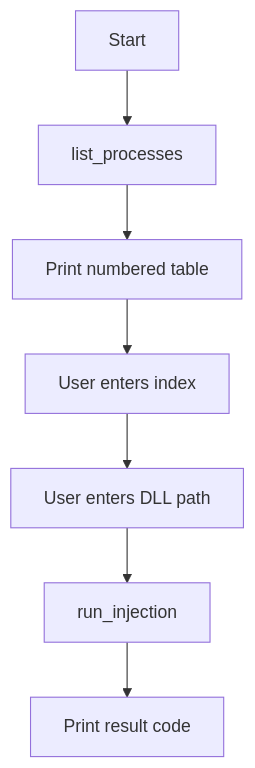
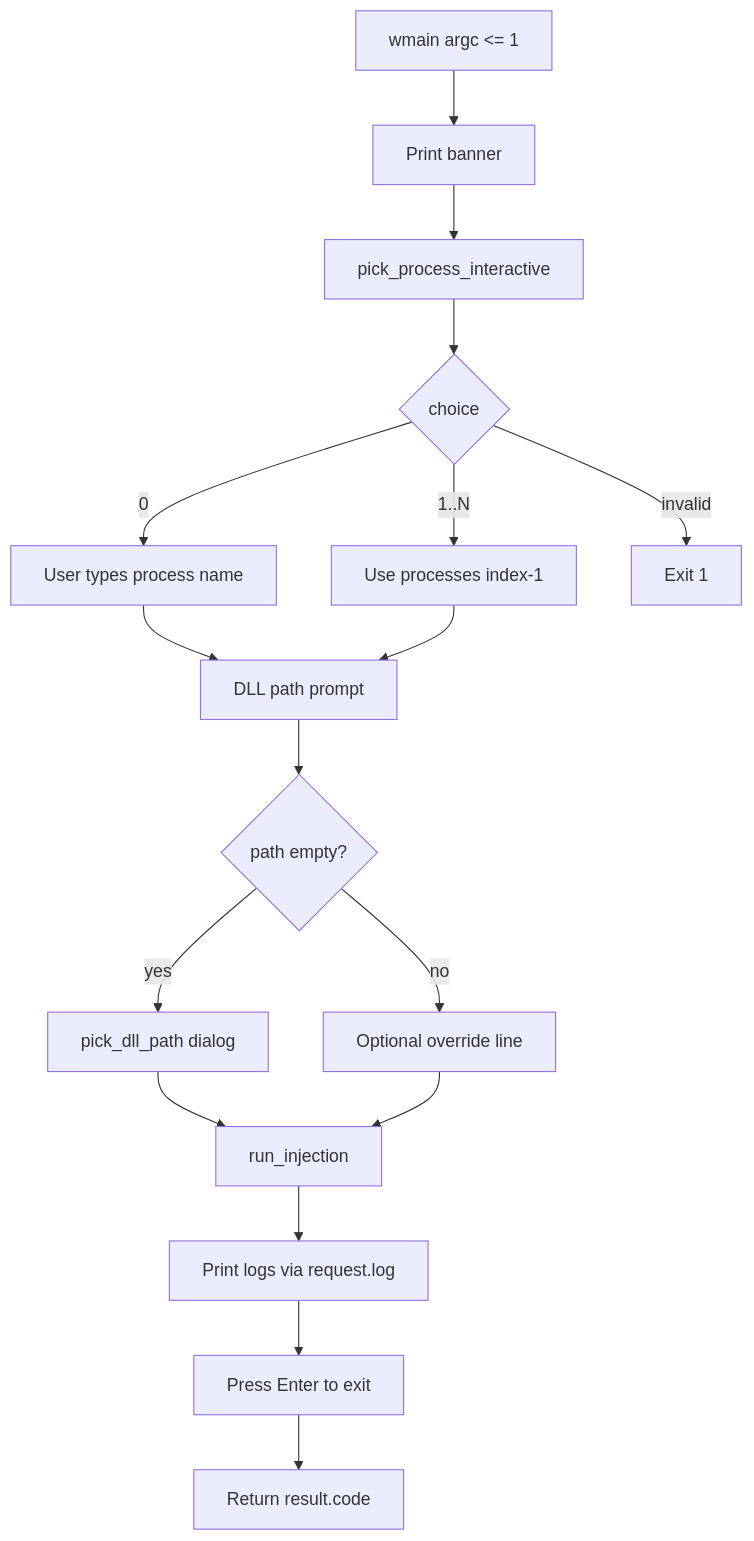
Before and after one commit to LucasZhang3/ManualMapper: the diagram in docs/cli-reference.md, drawn with Mermaid. The commit also changed other lines of this file and 1 other file, not shown here.

Commit message:
Expand payload DLL developer documentation

````diff
--- a/docs/cli-reference.md
+++ b/docs/cli-reference.md
@@ -128,9 +93,19 @@
 ```mermaid
 flowchart TD
-    A[Start] --> B[list_processes]
-    B --> C[Print numbered table]
-    C --> D[User enters index]
-    D --> E[User enters DLL path]
-    E --> F[run_injection]
-    F --> G[Print result code]
+    A[wmain argc <= 1] --> B[Print banner]
+    B --> C[pick_process_interactive]
+    C --> D{choice}
+    D -->|0| E[User types process name]
+    D -->|1..N| F[Use processes index-1]
+    D -->|invalid| G[Exit 1]
+    E --> H[DLL path prompt]
+    F --> H
+    H --> I{path empty?}
+    I -->|yes| J[pick_dll_path dialog]
+    I -->|no| K[Optional override line]
+    J --> L[run_injection]
+    K --> L
+    L --> M[Print logs via request.log]
+    M --> N[Press Enter to exit]
+    N --> O[Return result.code]
 ```
````
